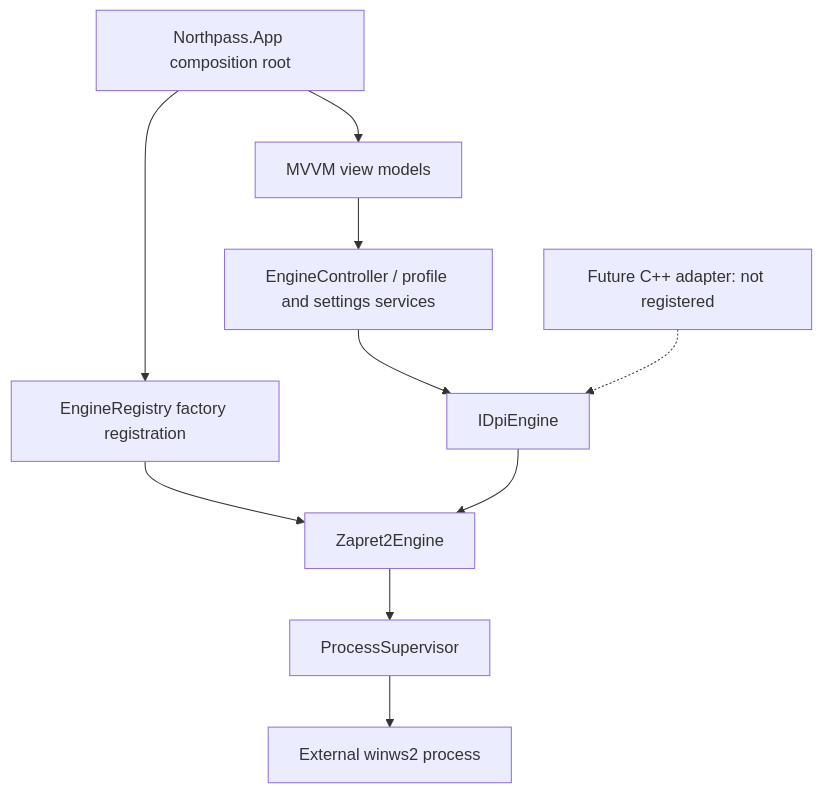
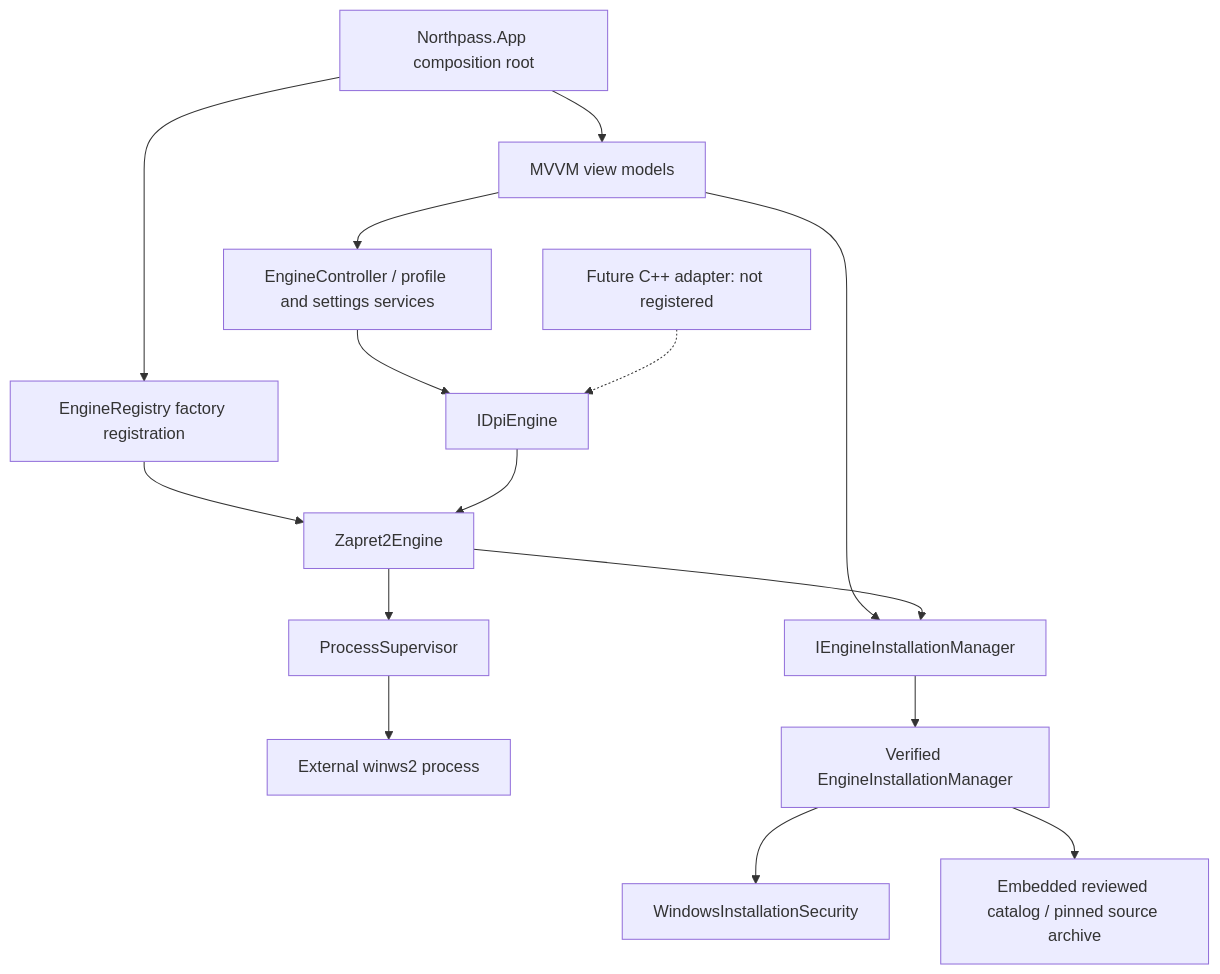
Before and after one commit to hsoltanov2007-code/zapret: the diagram in docs/ARCHITECTURE.md, drawn with Mermaid. The commit also changed other lines of this file and 46 other files, not shown here.

Commit message:
Implement Northpass v0.3 verified automatic Zapret2 installation and offline packaging

````diff
--- a/docs/ARCHITECTURE.md
+++ b/docs/ARCHITECTURE.md
@@ -5,12 +5,17 @@
 ```mermaid
 flowchart TD
   App[Northpass.App composition root] --> VM[MVVM view models]
   App --> Registry[EngineRegistry factory registration]
   VM --> Services[EngineController / profile and settings services]
   Services --> API[IDpiEngine]
   Registry --> Zapret[Zapret2Engine]
   API --> Zapret
   Zapret --> Process[ProcessSupervisor]
   Process --> External[External winws2 process]
+  VM --> InstallAPI[IEngineInstallationManager]
+  InstallAPI --> Installer[Verified EngineInstallationManager]
+  Installer --> ACL[WindowsInstallationSecurity]
+  Installer --> Catalog[Embedded reviewed catalog / pinned source archive]
+  Zapret --> InstallAPI
   Native[Future C++ adapter: not registered] -.-> API
 ```
````
